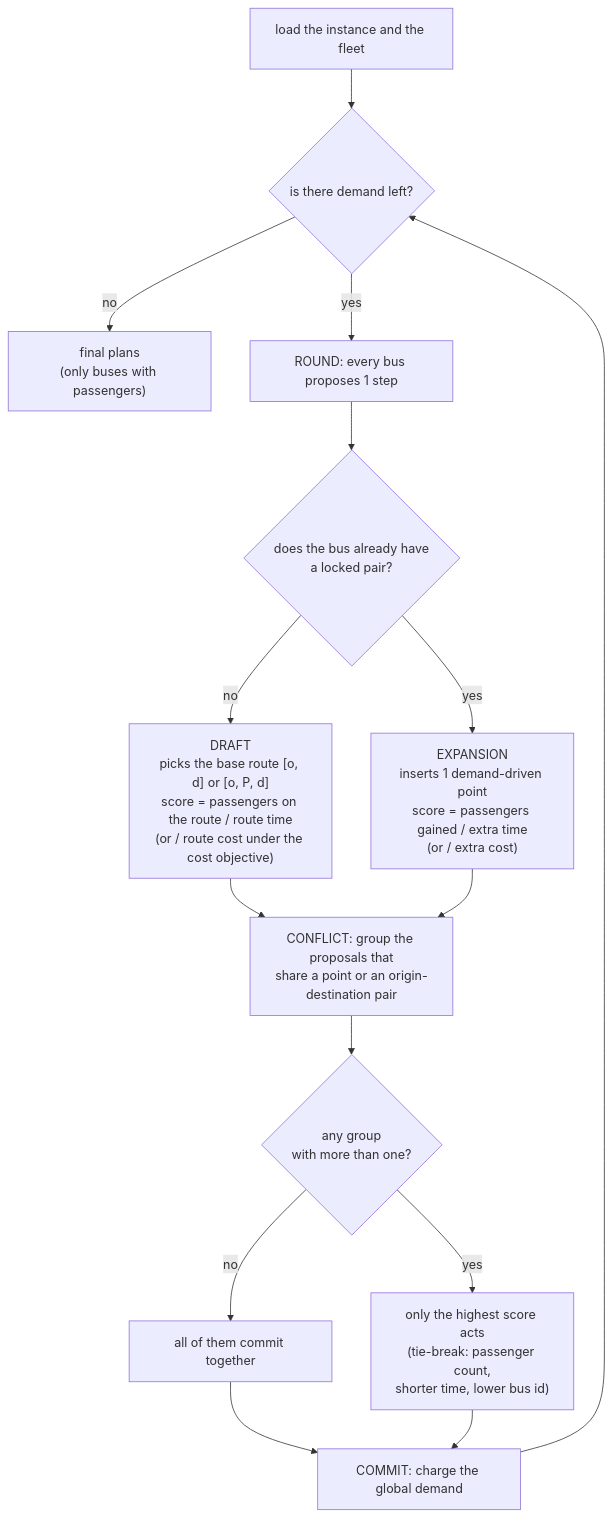
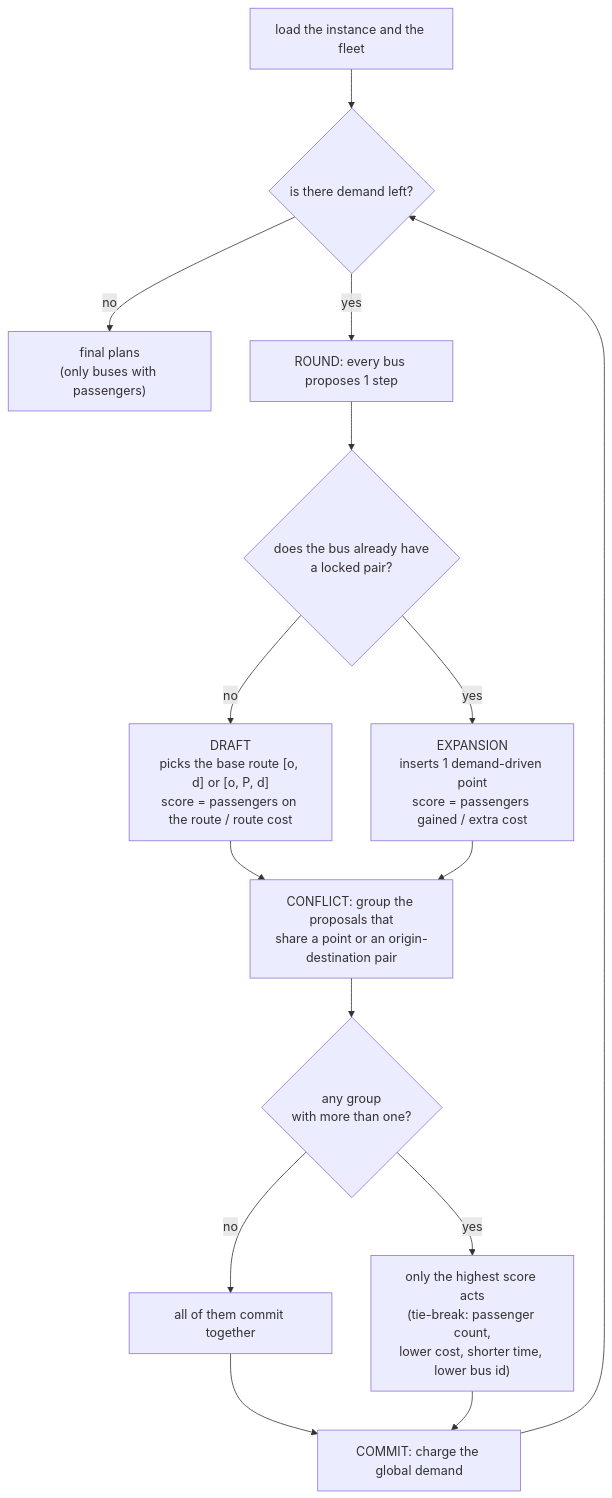
One commit to vitor0p9f/Transporte-UNIVASF-Form changed the first of 2 diagrams in heuristics.md. Above: the diagram before and after it, drawn with Mermaid. The commit also changed other lines of this file and 19 other files, not shown here.

First line of the commit message:
refactor(top): make cost the only objective

````diff
--- a/heuristics.md
+++ b/heuristics.md
@@ -8,17 +8,17 @@
 ```mermaid
 flowchart TD
     A["load the instance and the fleet"] --> B{"is there demand left?"}
     B -- "no" --> Z["final plans<br/>(only buses with passengers)"]
     B -- "yes" --> C["ROUND: every bus proposes 1 step"]
     C --> D{"does the bus already have<br/>a locked pair?"}
-    D -- "no" --> E["DRAFT<br/>picks the base route [o, d] or [o, P, d]<br/>score = passengers on the route / route time<br/>(or / route cost under the cost objective)"]
-    D -- "yes" --> F["EXPANSION<br/>inserts 1 demand-driven point<br/>score = passengers gained / extra time<br/>(or / extra cost)"]
+    D -- "no" --> E["DRAFT<br/>picks the base route [o, d] or [o, P, d]<br/>score = passengers on the route / route cost"]
+    D -- "yes" --> F["EXPANSION<br/>inserts 1 demand-driven point<br/>score = passengers gained / extra cost"]
     E --> G["CONFLICT: group the proposals that<br/>share a point or an origin-destination pair"]
     F --> G
     G --> H{"any group<br/>with more than one?"}
     H -- "no" --> I["all of them commit together"]
-    H -- "yes" --> J["only the highest score acts<br/>(tie-break: passenger count,<br/>shorter time, lower bus id)"]
+    H -- "yes" --> J["only the highest score acts<br/>(tie-break: passenger count,<br/>lower cost, shorter time, lower bus id)"]
     I --> K["COMMIT: charge the global demand"]
     J --> K
     K --> B
 ```
````
